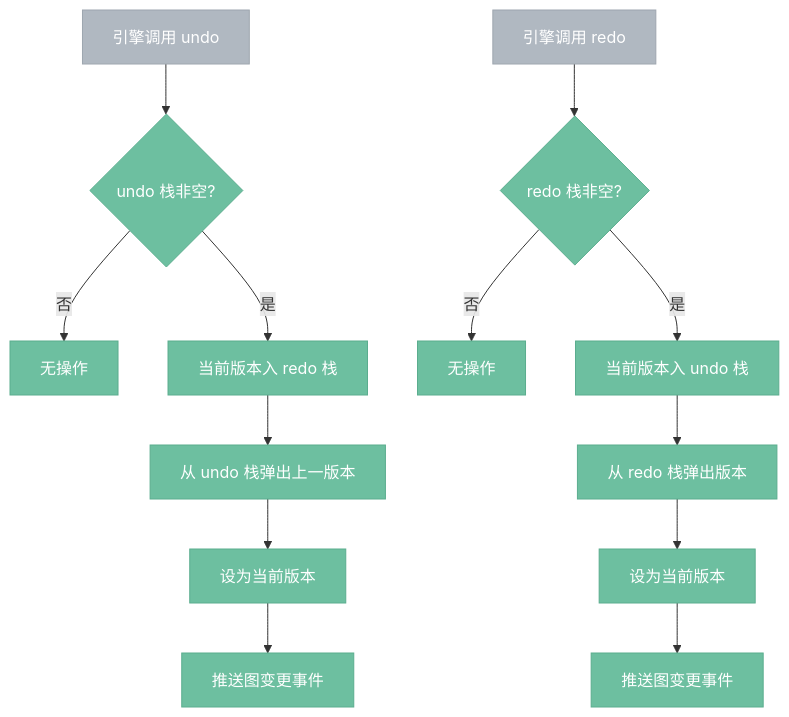
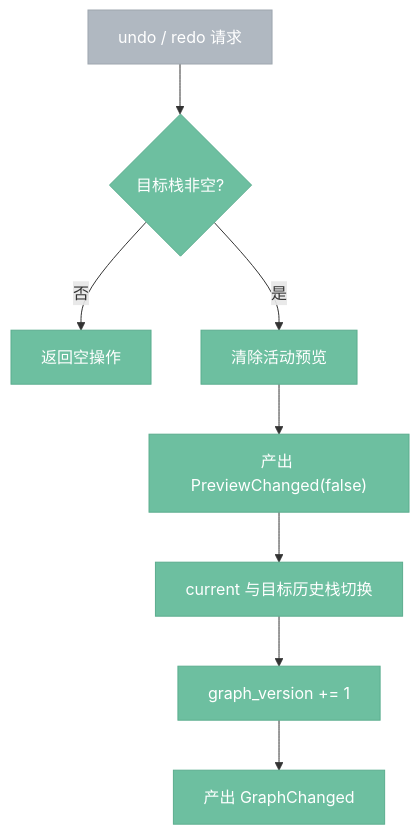
One commit to aporicho/nodeimg changed the fifth of 5 diagrams in docs/target/4.2.0-graph-controller.impl.md. Above: the diagram before and after it, drawn with Mermaid. The commit also changed other lines of this file and 90 other files, not shown here.

First line of the commit message:
refactor(engine): restructure graph module and scaffold scheduler

````diff
--- a/docs/target/4.2.0-graph-controller.impl.md
+++ b/docs/target/4.2.0-graph-controller.impl.md
@@ -59,20 +938,14 @@
 ```mermaid
 %%{ init: { 'flowchart': { 'curve': 'basis' } } }%%
 flowchart TB
     classDef internal fill:#6DBFA0,stroke:#5BAD8E,color:#fff
     classDef external fill:#B0B8C1,stroke:#9EA6AF,color:#fff
 
-    undo["引擎调用 undo"]:::external --> 有历史{"undo 栈非空?"}:::internal
-    有历史 -->|"否"| 忽略undo["无操作"]:::internal
-    有历史 -->|"是"| 当前入redo["当前版本入 redo 栈"]:::internal
-    当前入redo --> 弹出undo["从 undo 栈弹出上一版本"]:::internal
-    弹出undo --> 设为当前undo["设为当前版本"]:::internal
-    设为当前undo --> 事件undo["推送图变更事件"]:::internal
-
-    redo["引擎调用 redo"]:::external --> 有redo{"redo 栈非空?"}:::internal
-    有redo -->|"否"| 忽略redo["无操作"]:::internal
-    有redo -->|"是"| 当前入undo["当前版本入 undo 栈"]:::internal
-    当前入undo --> 弹出redo["从 redo 栈弹出版本"]:::internal
-    弹出redo --> 设为当前redo["设为当前版本"]:::internal
-    设为当前redo --> 事件redo["推送图变更事件"]:::internal
+    操作["undo / redo 请求"]:::external --> 有历史{"目标栈非空?"}:::internal
+    有历史 -->|"否"| 无操作["返回空操作"]:::internal
+    有历史 -->|"是"| 清预览["清除活动预览"]:::internal
+    清预览 --> 清预览事件["产出 PreviewChanged(false)"]:::internal
+    清预览事件 --> 切栈["current 与目标历史栈切换"]:::internal
+    切栈 --> 递增版本["graph_version += 1"]:::internal
+    递增版本 --> 图事件["产出 GraphChanged"]:::internal
 ```
````
